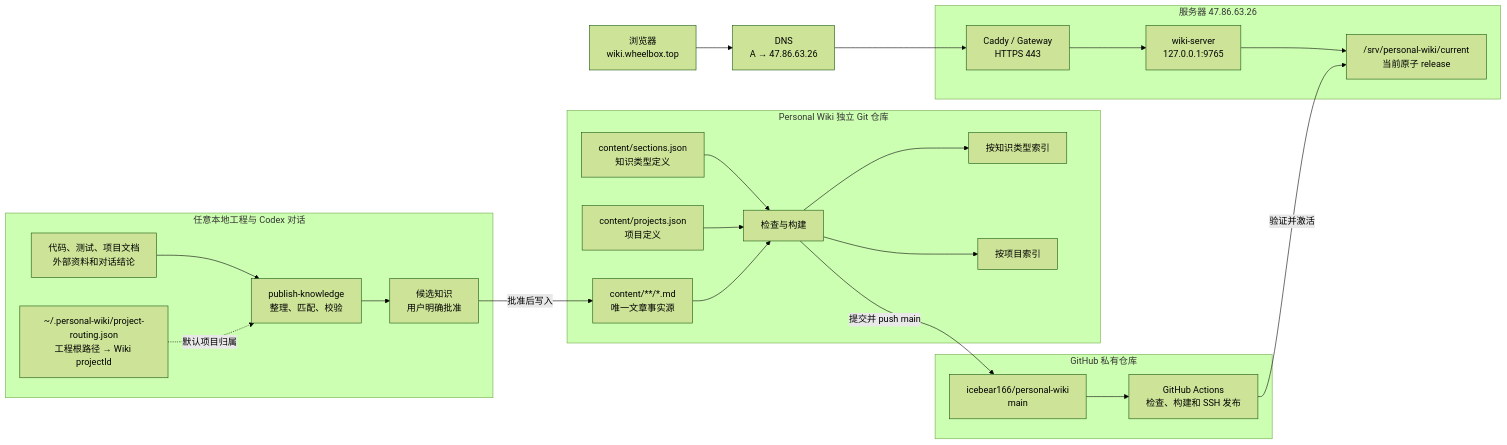
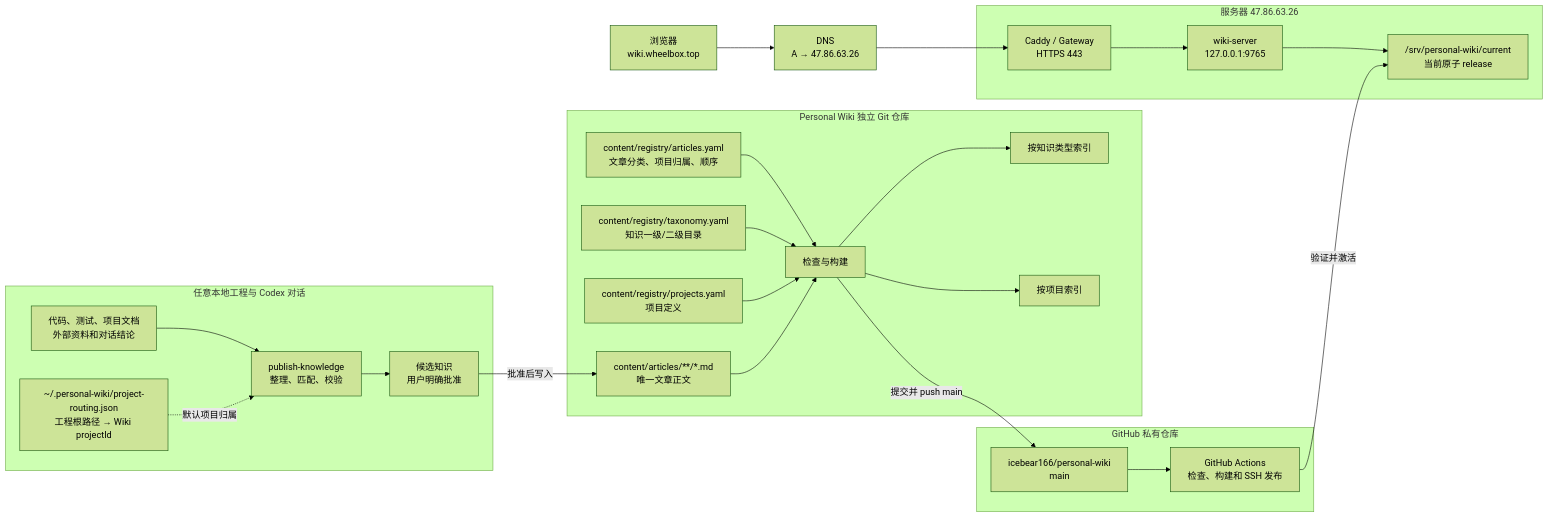
One commit to icebear166/WheelMaker changed the diagram in docs/wiki/features/knowledge-registry.md. Above: the diagram before and after it, drawn with Mermaid (forest theme). The commit also changed other lines of this file and 13 other files, not shown here.

````diff
--- a/docs/wiki/features/knowledge-registry.md
+++ b/docs/wiki/features/knowledge-registry.md
@@ -58,48 +61,50 @@
 ```mermaid
 flowchart LR
     subgraph LocalWork["任意本地工程与 Codex 对话"]
         Sources["代码、测试、项目文档<br/>外部资料和对话结论"]
         ProjectRouting["~/.personal-wiki/project-routing.json<br/>工程根路径 → Wiki projectId"]
         Skill["publish-knowledge<br/>整理、匹配、校验"]
         Review["候选知识<br/>用户明确批准"]
     end
 
     subgraph WikiRepo["Personal Wiki 独立 Git 仓库"]
-        Markdown["content/**/*.md<br/>唯一文章事实源"]
-        Sections["content/sections.json<br/>知识类型定义"]
-        Projects["content/projects.json<br/>项目定义"]
+        Markdown["content/articles/**/*.md<br/>唯一文章正文"]
+        Articles["content/registry/articles.yaml<br/>文章分类、项目归属、顺序"]
+        Taxonomy["content/registry/taxonomy.yaml<br/>知识一级/二级目录"]
+        Projects["content/registry/projects.yaml<br/>项目定义"]
         Build["检查与构建"]
         TopicIndex["按知识类型索引"]
         ProjectIndex["按项目索引"]
     end
 
     subgraph GitHub["GitHub 私有仓库"]
         Main["icebear166/personal-wiki<br/>main"]
         Actions["GitHub Actions<br/>检查、构建和 SSH 发布"]
     end
 
     subgraph Host["服务器 47.86.63.26"]
         Gateway["Caddy / Gateway<br/>HTTPS 443"]
         Server["wiki-server<br/>127.0.0.1:9765"]
         Release["/srv/personal-wiki/current<br/>当前原子 release"]
     end
 
     Browser["浏览器<br/>wiki.wheelbox.top"] --> DNS["DNS<br/>A → 47.86.63.26"]
     DNS --> Gateway
     Gateway --> Server
     Server --> Release
 
     Sources --> Skill
     ProjectRouting -.->|默认项目归属| Skill
     Skill --> Review
     Review -->|批准后写入| Markdown
-    Sections --> Build
+    Articles --> Build
+    Taxonomy --> Build
     Projects --> Build
     Markdown --> Build
     Build --> TopicIndex
     Build --> ProjectIndex
     Build -->|提交并 push main| Main
     Main --> Actions
     Actions -->|验证并激活| Release
 
 ```
````
